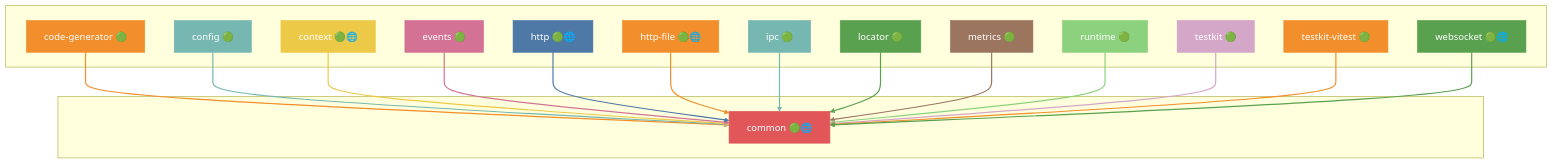
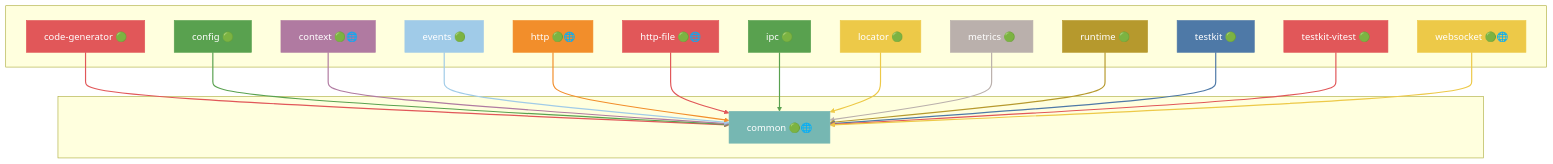
One commit to grest-ts/grest-ts changed the fifth of 43 diagrams in docs/DEPENDENCIES.md. Above: the diagram before and after it, drawn with Mermaid. The commit also changed other lines of this file and 86 other files, not shown here.

````diff
--- a/docs/DEPENDENCIES.md
+++ b/docs/DEPENDENCIES.md
@@ -433,61 +483,61 @@
 ```mermaid
 flowchart TB
     subgraph Dependents[" "]
         code-generator["code-generator 🟢"]
         config["config 🟢"]
         context["context 🟢🌐"]
         events["events 🟢"]
         http["http 🟢🌐"]
         http-file["http-file 🟢🌐"]
         ipc["ipc 🟢"]
         locator["locator 🟢"]
         metrics["metrics 🟢"]
         runtime["runtime 🟢"]
         testkit["testkit 🟢"]
         testkit-vitest["testkit-vitest 🟢"]
         websocket["websocket 🟢🌐"]
     end
     subgraph Package[" "]
         common["common 🟢🌐"]
     end
     code-generator --> common
     config --> common
     context --> common
     events --> common
     http --> common
     http-file --> common
     ipc --> common
     locator --> common
     metrics --> common
     runtime --> common
     testkit --> common
     testkit-vitest --> common
     websocket --> common
-    style common fill:#E15759,stroke:#E15759,color:#fff
-    style code-generator fill:#F28E2B,stroke:#F28E2B,color:#fff
-    style config fill:#76B7B2,stroke:#76B7B2,color:#fff
-    style context fill:#EDC948,stroke:#EDC948,color:#fff
-    style events fill:#D37295,stroke:#D37295,color:#fff
-    style http fill:#4E79A7,stroke:#4E79A7,color:#fff
-    style http-file fill:#F28E2B,stroke:#F28E2B,color:#fff
-    style ipc fill:#76B7B2,stroke:#76B7B2,color:#fff
-    style locator fill:#59A14F,stroke:#59A14F,color:#fff
-    style metrics fill:#9C755F,stroke:#9C755F,color:#fff
-    style runtime fill:#8CD17D,stroke:#8CD17D,color:#fff
-    style testkit fill:#D4A6C8,stroke:#D4A6C8,color:#fff
-    style testkit-vitest fill:#F28E2B,stroke:#F28E2B,color:#fff
-    style websocket fill:#59A14F,stroke:#59A14F,color:#fff
-    linkStyle 0 stroke:#F28E2B,stroke-width:2px
-    linkStyle 1 stroke:#76B7B2,stroke-width:2px
-    linkStyle 2 stroke:#EDC948,stroke-width:2px
-    linkStyle 3 stroke:#D37295,stroke-width:2px
-    linkStyle 4 stroke:#4E79A7,stroke-width:2px
-    linkStyle 5 stroke:#F28E2B,stroke-width:2px
-    linkStyle 6 stroke:#76B7B2,stroke-width:2px
-    linkStyle 7 stroke:#59A14F,stroke-width:2px
-    linkStyle 8 stroke:#9C755F,stroke-width:2px
-    linkStyle 9 stroke:#8CD17D,stroke-width:2px
-    linkStyle 10 stroke:#D4A6C8,stroke-width:2px
-    linkStyle 11 stroke:#F28E2B,stroke-width:2px
-    linkStyle 12 stroke:#59A14F,stroke-width:2px
+    style common fill:#76B7B2,stroke:#76B7B2,color:#fff
+    style code-generator fill:#E15759,stroke:#E15759,color:#fff
+    style config fill:#59A14F,stroke:#59A14F,color:#fff
+    style context fill:#B07AA1,stroke:#B07AA1,color:#fff
+    style events fill:#A0CBE8,stroke:#A0CBE8,color:#fff
+    style http fill:#F28E2B,stroke:#F28E2B,color:#fff
+    style http-file fill:#E15759,stroke:#E15759,color:#fff
+    style ipc fill:#59A14F,stroke:#59A14F,color:#fff
+    style locator fill:#EDC948,stroke:#EDC948,color:#fff
+    style metrics fill:#BAB0AC,stroke:#BAB0AC,color:#fff
+    style runtime fill:#B6992D,stroke:#B6992D,color:#fff
+    style testkit fill:#4E79A7,stroke:#4E79A7,color:#fff
+    style testkit-vitest fill:#E15759,stroke:#E15759,color:#fff
+    style websocket fill:#EDC948,stroke:#EDC948,color:#fff
+    linkStyle 0 stroke:#E15759,stroke-width:2px
+    linkStyle 1 stroke:#59A14F,stroke-width:2px
+    linkStyle 2 stroke:#B07AA1,stroke-width:2px
+    linkStyle 3 stroke:#A0CBE8,stroke-width:2px
+    linkStyle 4 stroke:#F28E2B,stroke-width:2px
+    linkStyle 5 stroke:#E15759,stroke-width:2px
+    linkStyle 6 stroke:#59A14F,stroke-width:2px
+    linkStyle 7 stroke:#EDC948,stroke-width:2px
+    linkStyle 8 stroke:#BAB0AC,stroke-width:2px
+    linkStyle 9 stroke:#B6992D,stroke-width:2px
+    linkStyle 10 stroke:#4E79A7,stroke-width:2px
+    linkStyle 11 stroke:#E15759,stroke-width:2px
+    linkStyle 12 stroke:#EDC948,stroke-width:2px
 ```
````
